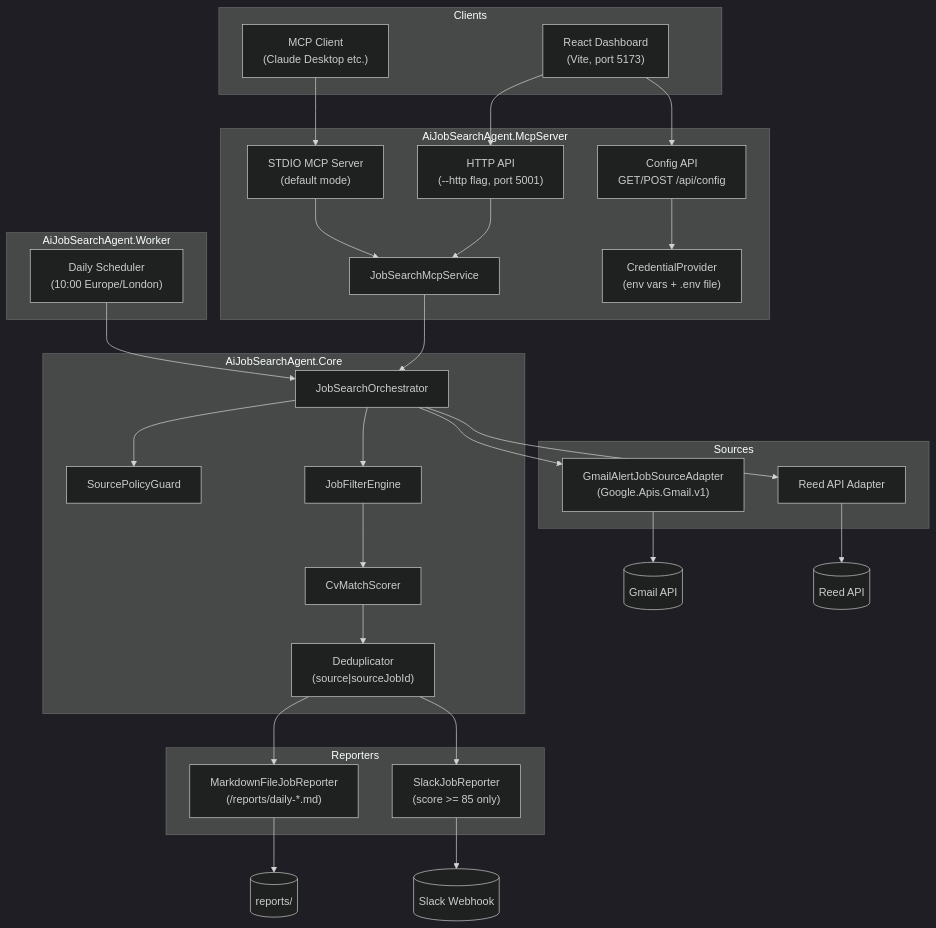
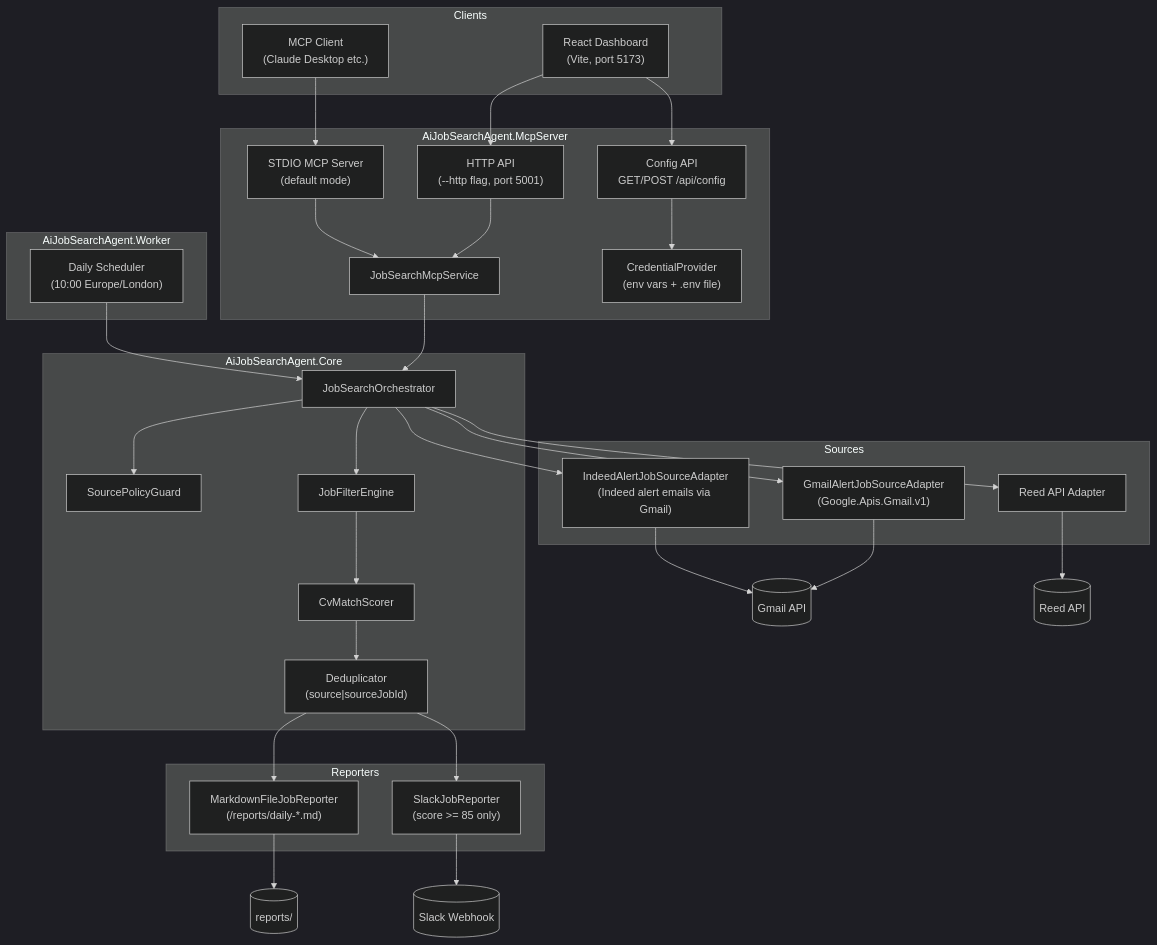
Before and after one commit to ekanatha-urivakili/AiJobSearchAgent: the first of 4 diagrams in README.md, drawn with Mermaid (dark theme). The commit also changed other lines of this file and 24 other files, not shown here.

````diff
--- a/README.md
+++ b/README.md
@@ -22,60 +22,63 @@
 ```mermaid
 flowchart TD
     subgraph Clients
         WebUI["React Dashboard\n(Vite, port 5173)"]
         McpClient["MCP Client\n(Claude Desktop etc.)"]
     end
 
     subgraph McpServer["AiJobSearchAgent.McpServer"]
         HttpApi["HTTP API\n(--http flag, port 5001)"]
         StdioMcp["STDIO MCP Server\n(default mode)"]
         McpService["JobSearchMcpService"]
         ConfigApi["Config API\nGET/POST /api/config"]
         CredProvider["CredentialProvider\n(env vars + .env file)"]
     end
 
     subgraph Core["AiJobSearchAgent.Core"]
         Orchestrator["JobSearchOrchestrator"]
         PolicyGuard["SourcePolicyGuard"]
         FilterEngine["JobFilterEngine"]
         Scorer["CvMatchScorer"]
         Dedup["Deduplicator\n(source|sourceJobId)"]
     end
 
     subgraph Sources
         ReedAdapter["Reed API Adapter"]
         GmailAdapter["GmailAlertJobSourceAdapter\n(Google.Apis.Gmail.v1)"]
+        IndeedAdapter["IndeedAlertJobSourceAdapter\n(Indeed alert emails via Gmail)"]
     end
 
     subgraph Reporters
         MdReporter["MarkdownFileJobReporter\n(/reports/daily-*.md)"]
         SlackReporter["SlackJobReporter\n(score >= 85 only)"]
     end
 
     subgraph Worker["AiJobSearchAgent.Worker"]
         Scheduler["Daily Scheduler\n(10:00 Europe/London)"]
     end
 
     WebUI --> HttpApi
     McpClient --> StdioMcp
     WebUI --> ConfigApi
     HttpApi --> McpService
     StdioMcp --> McpService
     McpService --> Orchestrator
     Scheduler --> Orchestrator
     ConfigApi --> CredProvider
 
     Orchestrator --> PolicyGuard
     Orchestrator --> ReedAdapter
     Orchestrator --> GmailAdapter
+    Orchestrator --> IndeedAdapter
     Orchestrator --> FilterEngine
     FilterEngine --> Scorer
     Scorer --> Dedup
     Dedup --> MdReporter
     Dedup --> SlackReporter
 
     GmailAdapter --> Gmail[("Gmail API")]
+    IndeedAdapter --> Gmail
     ReedAdapter --> ReedAPI[("Reed API")]
     SlackReporter --> Slack[("Slack Webhook")]
     MdReporter --> Reports[("reports/")]
 ```
````
